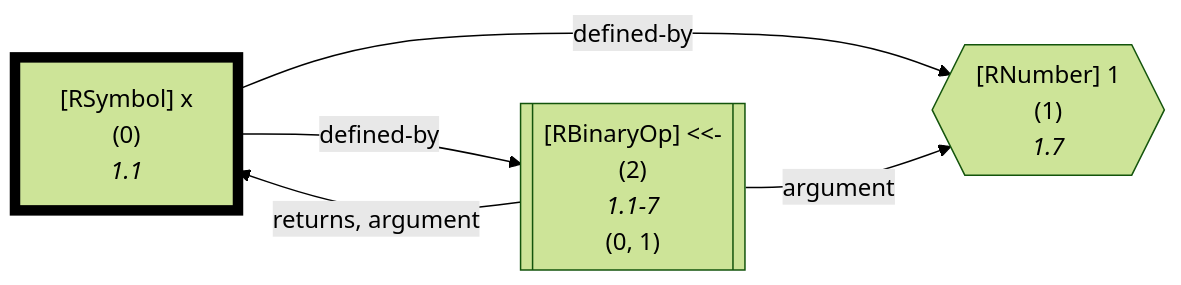
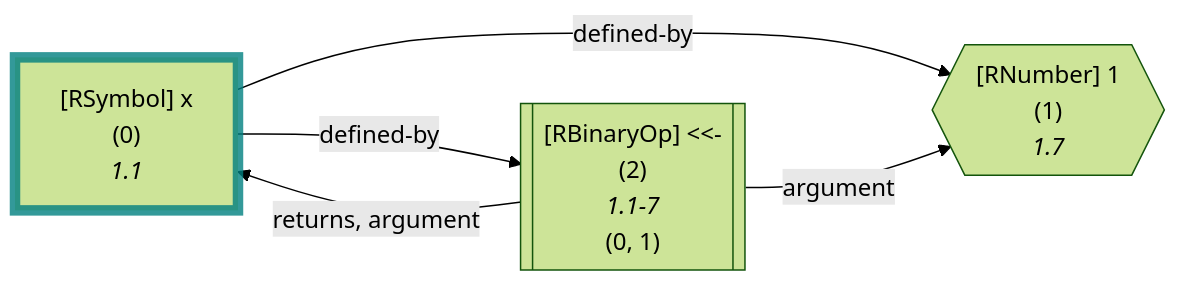
One commit to flowr-analysis/flowr changed diagram 16 of 33 in wiki/Dataflow Graph.md. Above: the diagram before and after it, drawn with Mermaid (forest theme). The commit also changed other lines of this file and 8 other files, not shown here.

````diff
--- a/wiki/Dataflow Graph.md
+++ b/wiki/Dataflow Graph.md
@@ -1402,18 +1751,18 @@
 ```mermaid
 flowchart LR
     1{{"`#91;RNumber#93; 1
       (1)
       *1.7*`"}}
     0["`#91;RSymbol#93; x
       (0)
       *1.1*`"]
-    style 0 stroke:black,stroke-width:7px; 
+    style 0 stroke:teal,stroke-width:7px,stroke-opacity:.8; 
     2[["`#91;RBinaryOp#93; #60;#60;#45;
       (2)
       *1.1-7*
     (0, 1)`"]]
     0 -->|"defined-by"| 1
     0 -->|"defined-by"| 2
     2 -->|"argument"| 1
     2 -->|"returns, argument"| 0
 ```
````
